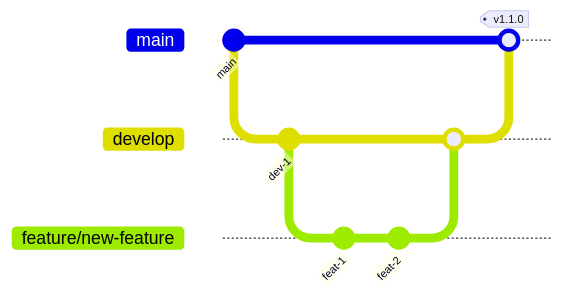
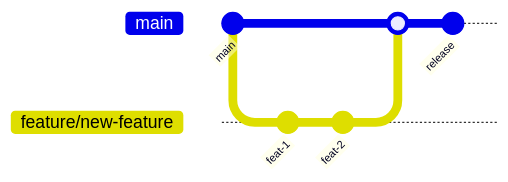
The first of 2 diagrams in CONTRIBUTING.md (TJZine/CertPrep.ai), drawn with Mermaid before and after one commit. The commit also changed other lines of this file and 319 other files, not shown here.

````diff
--- a/CONTRIBUTING.md
+++ b/CONTRIBUTING.md
@@ -179,13 +187,11 @@
 ```mermaid
 gitGraph
    commit id: "main"
-   branch develop
-   commit id: "dev-1"
    branch feature/new-feature
    commit id: "feat-1"
    commit id: "feat-2"
-   checkout develop
+   checkout main
    merge feature/new-feature
    checkout main
-   merge develop tag: "v1.1.0"
+   commit id: "release"
 ```
````
